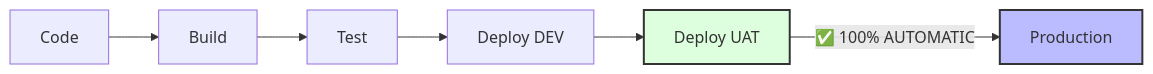
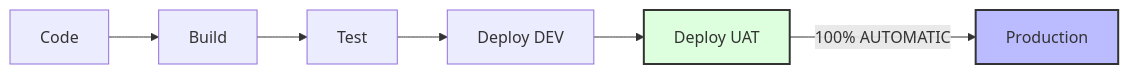
One commit to SIVAGORAM/devops-zero-to-hero changed the third of 5 diagrams in 07-Jenkins/Day-01-Introduction-and-Installation/Day-01-Introduction-and-Installation.md. Above: the diagram before and after it, drawn with Mermaid. The commit also changed other lines of this file and 1 other file, not shown here.

````diff
--- a/07-Jenkins/Day-01-Introduction-and-Installation/Day-01-Introduction-and-Installation.md
+++ b/07-Jenkins/Day-01-Introduction-and-Installation/Day-01-Introduction-and-Installation.md
@@ -71,10 +71,10 @@
 ```mermaid
 graph LR
-    A[Code] --> B[Build]
-    B --> C[Test]
-    C --> D[Deploy DEV]
-    D --> E[Deploy UAT]
-    E -->|✅ 100% AUTOMATIC| F[Production]
+    A["Code"] --> B["Build"]
+    B --> C["Test"]
+    C --> D["Deploy DEV"]
+    D --> E["Deploy UAT"]
+    E -->|"100% AUTOMATIC"| F["Production"]
     style E fill:#dfd,stroke:#333,stroke-width:2px
     style F fill:#bbf,stroke:#333,stroke-width:2px
 ```
````
